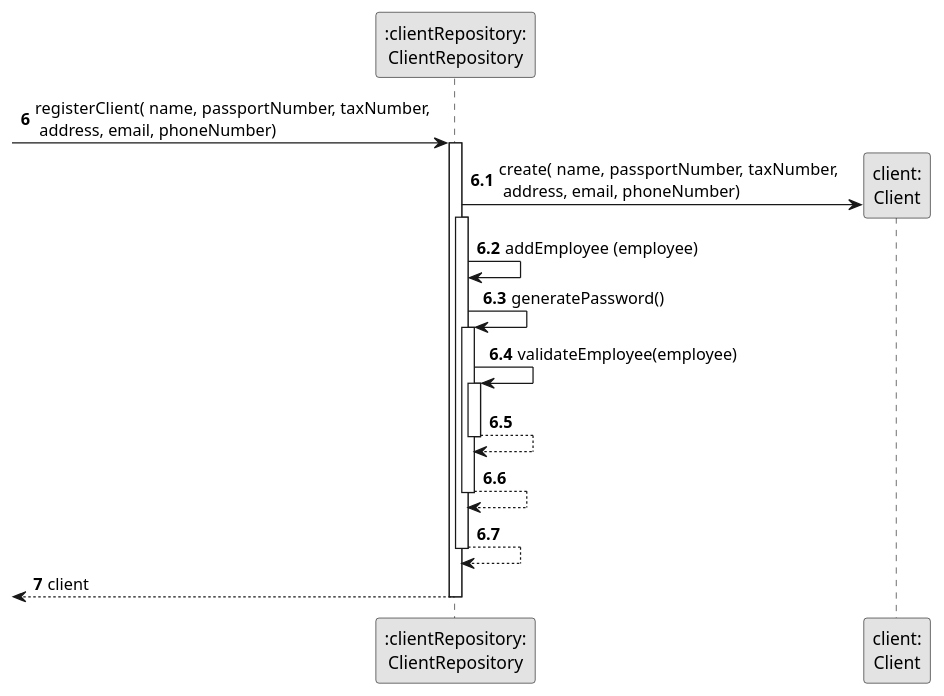
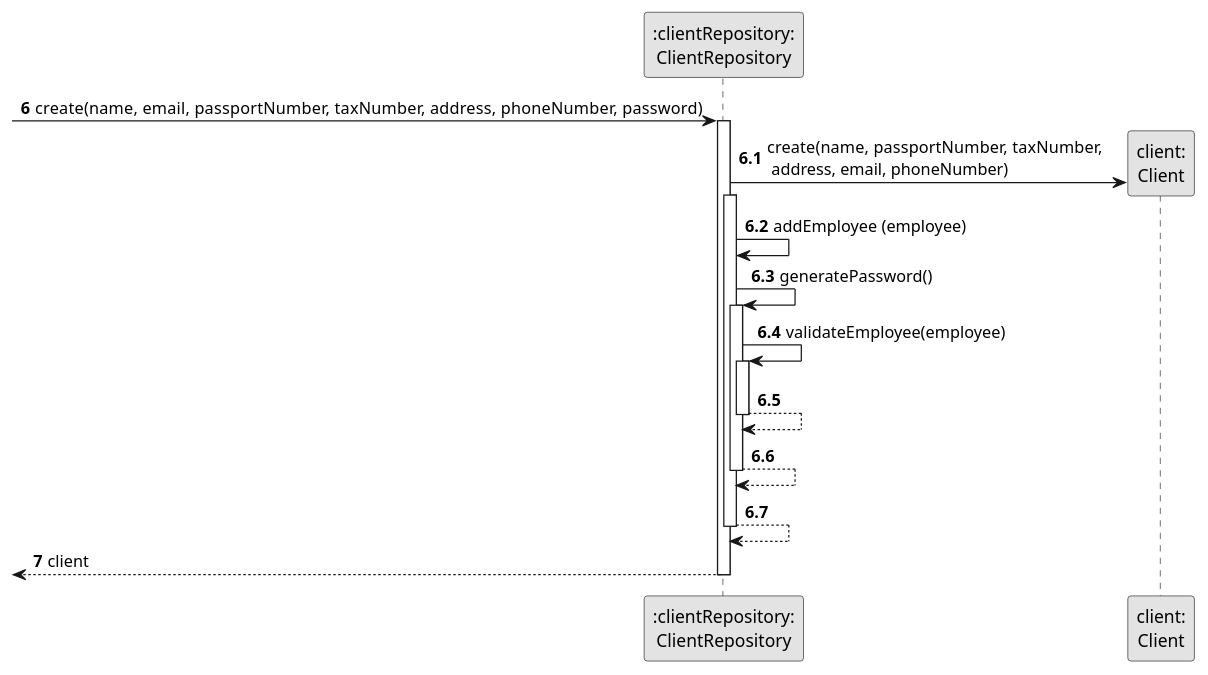
One commit to Shushizinho/RealEstateUSASystem changed the diagram in docs/sprintD/us007/03.design/puml/us007-sequence-diagram-partial-create-client.puml. Above: the diagram before and after it, drawn with PlantUML. The commit also changed 19 other files, not shown here.

Commit message:
update US7 UI, Rep and SD ( As an unregistered user, I want to register in the system to buy, sell or rent properties.) create GetPropertyListUITest

```diff
--- a/docs/sprintD/us007/03.design/puml/us007-sequence-diagram-partial-create-client.puml
+++ b/docs/sprintD/us007/03.design/puml/us007-sequence-diagram-partial-create-client.puml
@@ -1,40 +1,41 @@
 @startuml
 skinparam monochrome true
 skinparam packageStyle rectangle
 skinparam shadowing false
 
 autonumber 6
 
 'hide footbox
 participant ":clientRepository:\nClientRepository" as CLR
 participant "client:\nClient" as CLIT
 
-                 -> CLR : registerClient( name, passportNumber, taxNumber, \n address, email, phoneNumber)
+                 -> CLR : create(name,  email,  passportNumber, taxNumber, address, phoneNumber, password)
+
                         activate CLR
 
                autonumber 6.1
 
-                CLR -> CLIT**: create( name, passportNumber, taxNumber, \n address, email, phoneNumber)
+                CLR -> CLIT**: create(name, passportNumber, taxNumber, \n address, email, phoneNumber)
                 activate CLR
 
                         CLR -> CLR: addEmployee (employee)
 
                         CLR -> CLR: generatePassword()
 
                         activate CLR
                         CLR -> CLR: validateEmployee(employee)
                         activate CLR
                             CLR --> CLR
                         deactivate CLR
                         CLR --> CLR
                     deactivate CLR
                     CLR --> CLR
                 deactivate CLR
                autonumber 7
 
 
                     <-- CLR : client
                 deactivate CLR
 
 
 @enduml
```
